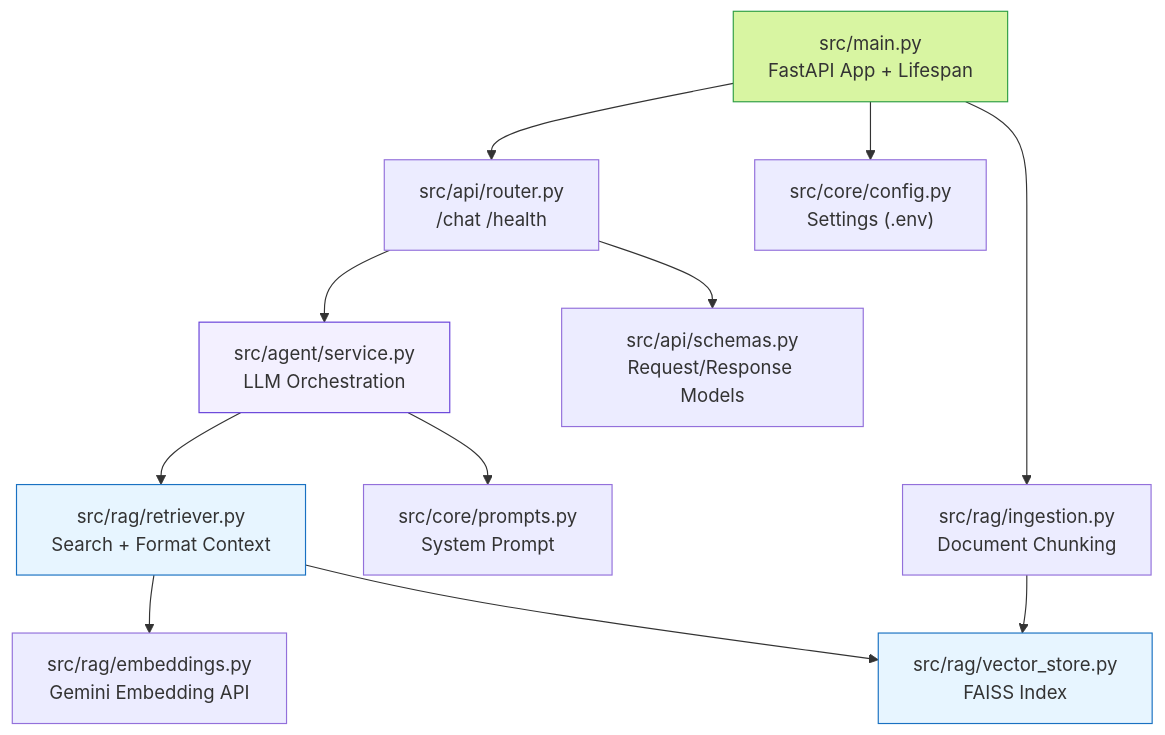
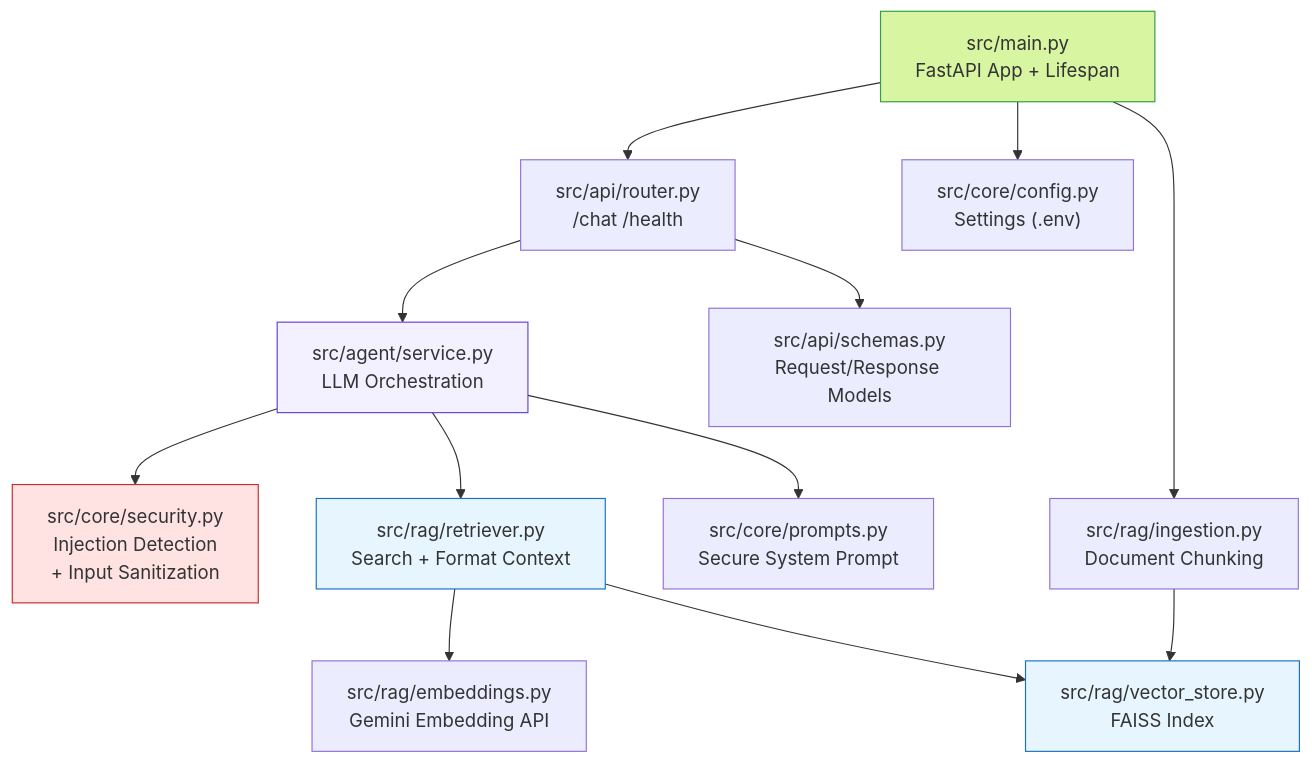
One commit to ridwanspace/telco-customer-service-agent changed the third of 4 diagrams in README.md. Above: the diagram before and after it, drawn with Mermaid. The commit also changed other lines of this file and 4 other files, not shown here.

First line of the commit message:
Add prompt injection protection with multi-layered security

````diff
--- a/README.md
+++ b/README.md
@@ -76,18 +76,20 @@
 ```mermaid
 graph TD
     MAIN["src/main.py<br/>FastAPI App + Lifespan"] --> ROUTER["src/api/router.py<br/>/chat  /health"]
     ROUTER --> SERVICE["src/agent/service.py<br/>LLM Orchestration"]
+    SERVICE --> SECURITY["src/core/security.py<br/>Injection Detection<br/>+ Input Sanitization"]
     SERVICE --> RETRIEVER["src/rag/retriever.py<br/>Search + Format Context"]
-    SERVICE --> PROMPTS["src/core/prompts.py<br/>System Prompt"]
+    SERVICE --> PROMPTS["src/core/prompts.py<br/>Secure System Prompt"]
     RETRIEVER --> EMBEDDINGS["src/rag/embeddings.py<br/>Gemini Embedding API"]
     RETRIEVER --> VECTORSTORE["src/rag/vector_store.py<br/>FAISS Index"]
     MAIN --> INGESTION["src/rag/ingestion.py<br/>Document Chunking"]
     INGESTION --> VECTORSTORE
     MAIN --> CONFIG["src/core/config.py<br/>Settings (.env)"]
     ROUTER --> SCHEMAS["src/api/schemas.py<br/>Request/Response Models"]
 
     style MAIN fill:#d8f5a2,stroke:#2f9e44
     style SERVICE fill:#f3f0ff,stroke:#6741d9
+    style SECURITY fill:#ffe3e3,stroke:#c92a2a
     style RETRIEVER fill:#e7f5ff,stroke:#1971c2
     style VECTORSTORE fill:#e7f5ff,stroke:#1971c2
 ```
````
